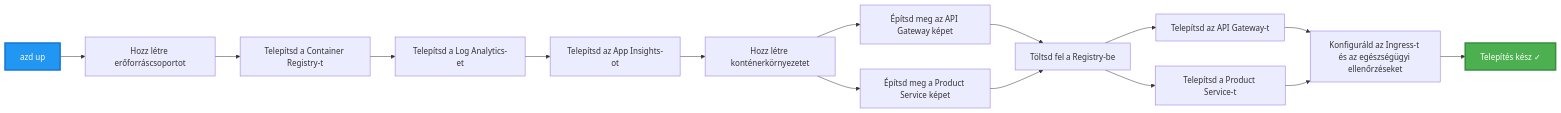
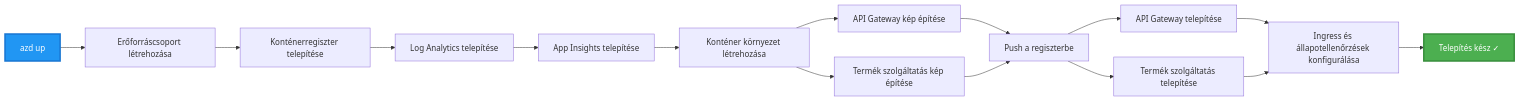
One commit to microsoft/AZD-for-beginners changed the third of 4 diagrams in translations/hu/examples/microservices/README.md. Above: the diagram before and after it, drawn with Mermaid. The commit also changed other lines of this file and 243 other files, not shown here.

````diff
--- a/translations/hu/examples/microservices/README.md
+++ b/translations/hu/examples/microservices/README.md
@@ -242,20 +233,20 @@
 ```mermaid
 graph LR
-    A[azd up] --> B[Hozz létre erőforráscsoportot]
-    B --> C[Telepítsd a Container Registry-t]
-    C --> D[Telepítsd a Log Analytics-et]
-    D --> E[Telepítsd az App Insights-ot]
-    E --> F[Hozz létre konténerkörnyezetet]
-    F --> G[Építsd meg az API Gateway képet]
-    F --> H[Építsd meg a Product Service képet]
-    G --> I[Töltsd fel a Registry-be]
+    A[azd up] --> B[Erőforráscsoport létrehozása]
+    B --> C[Konténerregiszter telepítése]
+    C --> D[Log Analytics telepítése]
+    D --> E[App Insights telepítése]
+    E --> F[Konténer környezet létrehozása]
+    F --> G[API Gateway kép építése]
+    F --> H[Termék szolgáltatás kép építése]
+    G --> I[Push a regiszterbe]
     H --> I
-    I --> J[Telepítsd az API Gateway-t]
-    I --> K[Telepítsd a Product Service-t]
-    J --> L[Konfiguráld az Ingress-t és az egészségügyi ellenőrzéseket]
+    I --> J[API Gateway telepítése]
+    I --> K[Termék szolgáltatás telepítése]
+    J --> L[Ingress és állapotellenőrzések konfigurálása]
     K --> L
     L --> M[Telepítés kész ✓]
     
     style A fill:#2196F3,stroke:#1976D2,stroke-width:3px,color:#fff
     style M fill:#4CAF50,stroke:#388E3C,stroke-width:3px,color:#fff
 ```
````
